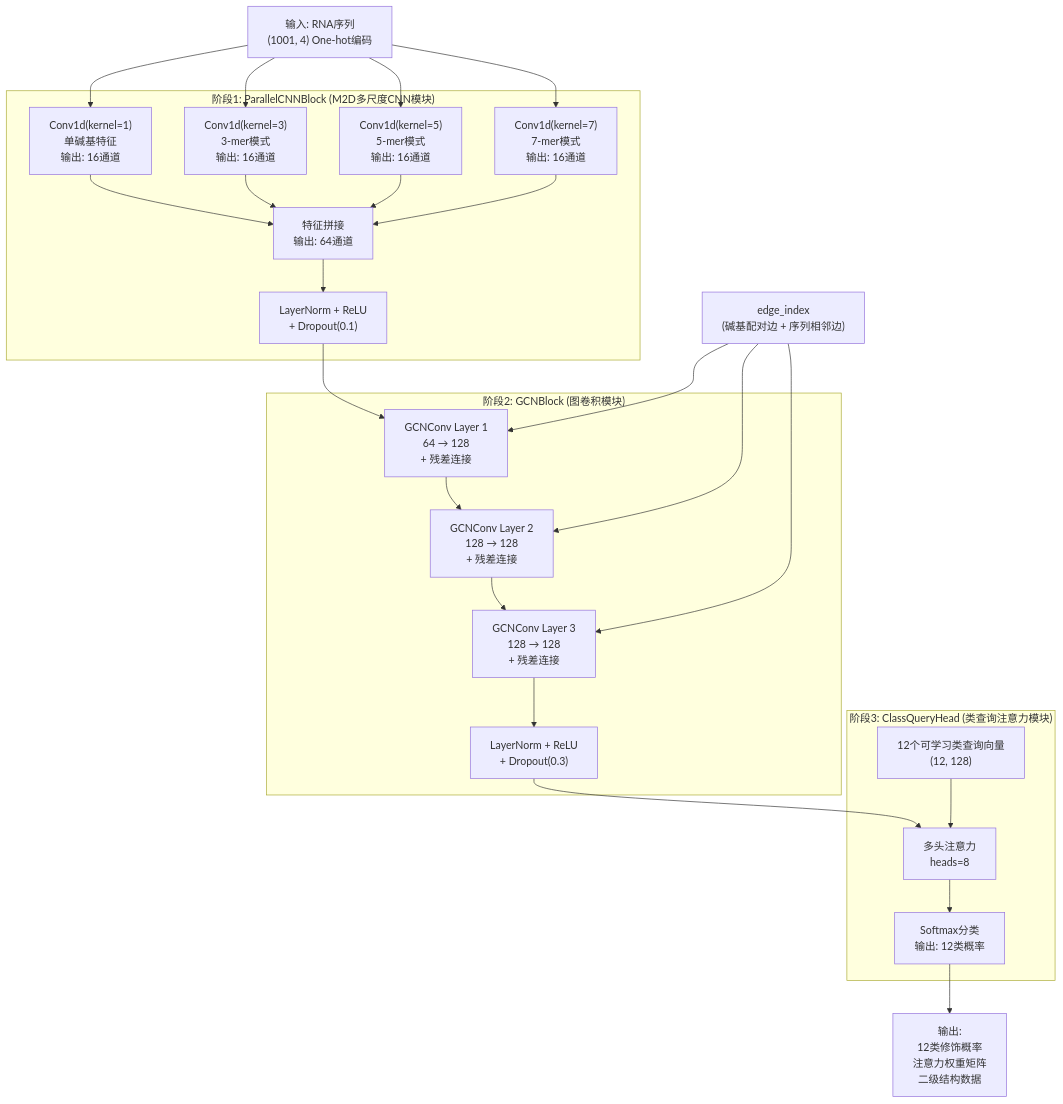
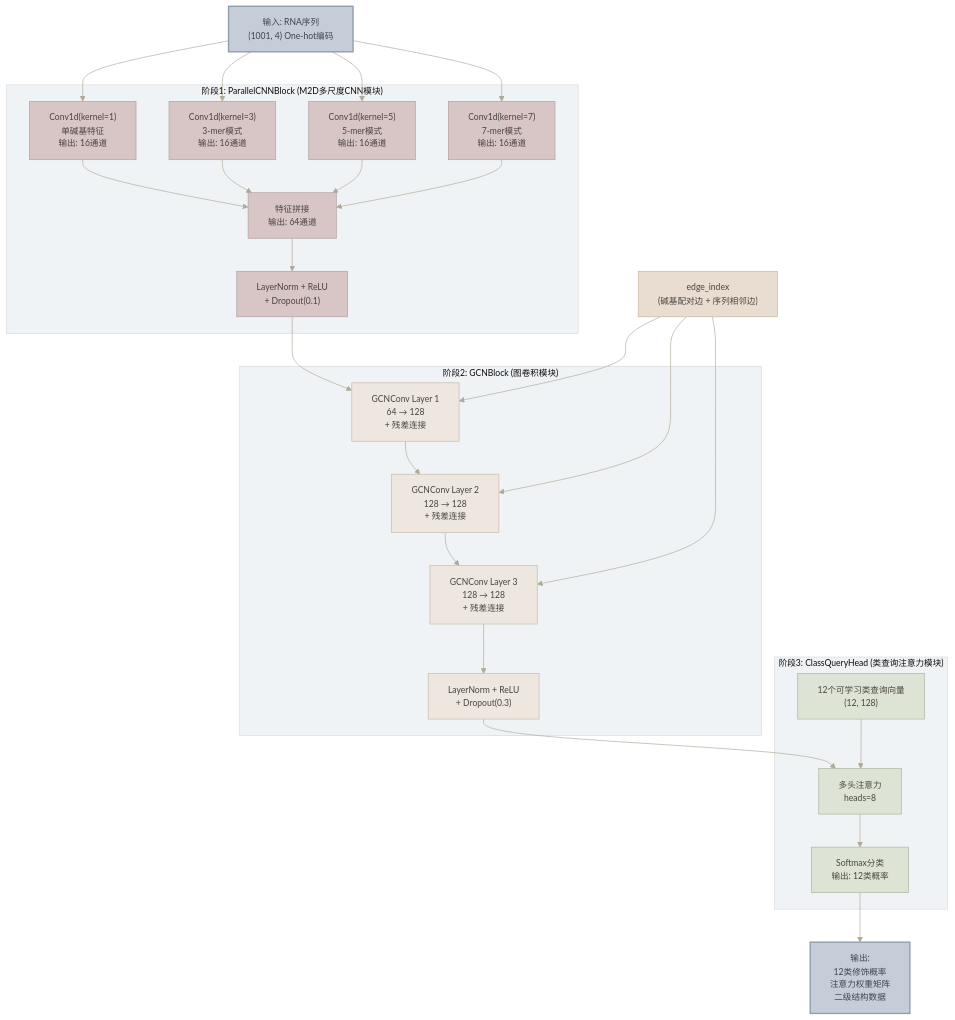
The tenth of 19 diagrams in md/RMA序列修饰检测可视化系统架构说明文档.md (fdiskdc/RGCNFormer_WebAndWx_backend), drawn with Mermaid before and after one commit. The commit also changed other lines of this file, not shown here.

````diff
--- a/md/RMA序列修饰检测可视化系统架构说明文档.md
+++ b/md/RMA序列修饰检测可视化系统架构说明文档.md
@@ -970,39 +871,46 @@
 ```mermaid
+%%{init: {'theme': 'base', 'themeVariables': {'primaryColor': '#EDE7E0', 'primaryTextColor': '#4A4440', 'primaryBorderColor': '#C4BAA8', 'lineColor': '#B0A898', 'secondaryColor': '#E2DCD4', 'background': '#F8F5F0', 'fontSize': '13px'}}}%%
 graph TD
-    Input["输入: RNA序列<br/>(1001, 4) One-hot编码"]
+    classDef io fill:#C5CDD8,stroke:#8E9AAA,stroke-width:2px,color:#3D4550
+    classDef cnn fill:#D8C5C5,stroke:#B0A0A0,stroke-width:1px,color:#4A4440
+    classDef gcn fill:#EDE7E0,stroke:#C4BAA8,stroke-width:1px,color:#4A4440
+    classDef attn fill:#DDE4D6,stroke:#A8B49A,stroke-width:1px,color:#4A4440
+    classDef edge fill:#E8DDD0,stroke:#C4B8A0,stroke-width:1px,color:#4A4440
+
+    Input["输入: RNA序列<br/>(1001, 4) One-hot编码"]:::io
 
     subgraph Stage1["阶段1: ParallelCNNBlock (M2D多尺度CNN模块)"]
-        Conv1["Conv1d(kernel=1)<br/>单碱基特征<br/>输出: 16通道"]
-        Conv3["Conv1d(kernel=3)<br/>3-mer模式<br/>输出: 16通道"]
-        Conv5["Conv1d(kernel=5)<br/>5-mer模式<br/>输出: 16通道"]
-        Conv7["Conv1d(kernel=7)<br/>7-mer模式<br/>输出: 16通道"]
-        Concat["特征拼接<br/>输出: 64通道"]
-        LN1["LayerNorm + ReLU<br/>+ Dropout(0.1)"]
+        Conv1["Conv1d(kernel=1)<br/>单碱基特征<br/>输出: 16通道"]:::cnn
+        Conv3["Conv1d(kernel=3)<br/>3-mer模式<br/>输出: 16通道"]:::cnn
+        Conv5["Conv1d(kernel=5)<br/>5-mer模式<br/>输出: 16通道"]:::cnn
+        Conv7["Conv1d(kernel=7)<br/>7-mer模式<br/>输出: 16通道"]:::cnn
+        Concat["特征拼接<br/>输出: 64通道"]:::cnn
+        LN1["LayerNorm + ReLU<br/>+ Dropout(0.1)"]:::cnn
     end
 
     subgraph Stage2["阶段2: GCNBlock (图卷积模块)"]
-        GCN1["GCNConv Layer 1<br/>64 → 128<br/>+ 残差连接"]
-        GCN2["GCNConv Layer 2<br/>128 → 128<br/>+ 残差连接"]
-        GCN3["GCNConv Layer 3<br/>128 → 128<br/>+ 残差连接"]
-        LN2["LayerNorm + ReLU<br/>+ Dropout(0.3)"]
+        GCN1["GCNConv Layer 1<br/>64 → 128<br/>+ 残差连接"]:::gcn
+        GCN2["GCNConv Layer 2<br/>128 → 128<br/>+ 残差连接"]:::gcn
+        GCN3["GCNConv Layer 3<br/>128 → 128<br/>+ 残差连接"]:::gcn
+        LN2["LayerNorm + ReLU<br/>+ Dropout(0.3)"]:::gcn
     end
 
     subgraph Stage3["阶段3: ClassQueryHead (类查询注意力模块)"]
-        CQ["12个可学习类查询向量<br/>(12, 128)"]
-        MHA["多头注意力<br/>heads=8"]
-        Softmax["Softmax分类<br/>输出: 12类概率"]
+        CQ["12个可学习类查询向量<br/>(12, 128)"]:::attn
+        MHA["多头注意力<br/>heads=8"]:::attn
+        Softmax["Softmax分类<br/>输出: 12类概率"]:::attn
     end
 
     Input --> Conv1 & Conv3 & Conv5 & Conv7
     Conv1 & Conv3 & Conv5 & Conv7 --> Concat --> LN1
     LN1 --> GCN1 --> GCN2 --> GCN3 --> LN2
     LN2 --> MHA
     CQ --> MHA
     MHA --> Softmax
 
-    EdgeIndex["edge_index<br/>(碱基配对边 + 序列相邻边)"] --> GCN1
+    EdgeIndex["edge_index<br/>(碱基配对边 + 序列相邻边)"]:::edge --> GCN1
     EdgeIndex --> GCN2
     EdgeIndex --> GCN3
 
-    Softmax --> Output["输出:<br/>12类修饰概率<br/>注意力权重矩阵<br/>二级结构数据"]
+    Softmax --> Output["输出:<br/>12类修饰概率<br/>注意力权重矩阵<br/>二级结构数据"]:::io
 ```
````
